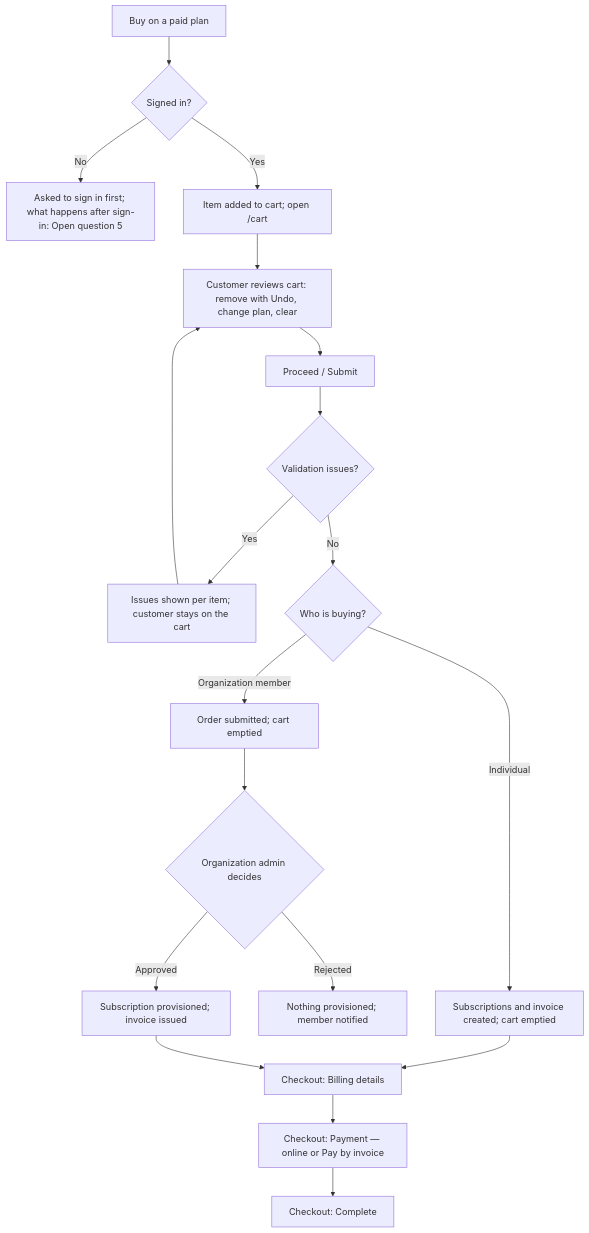
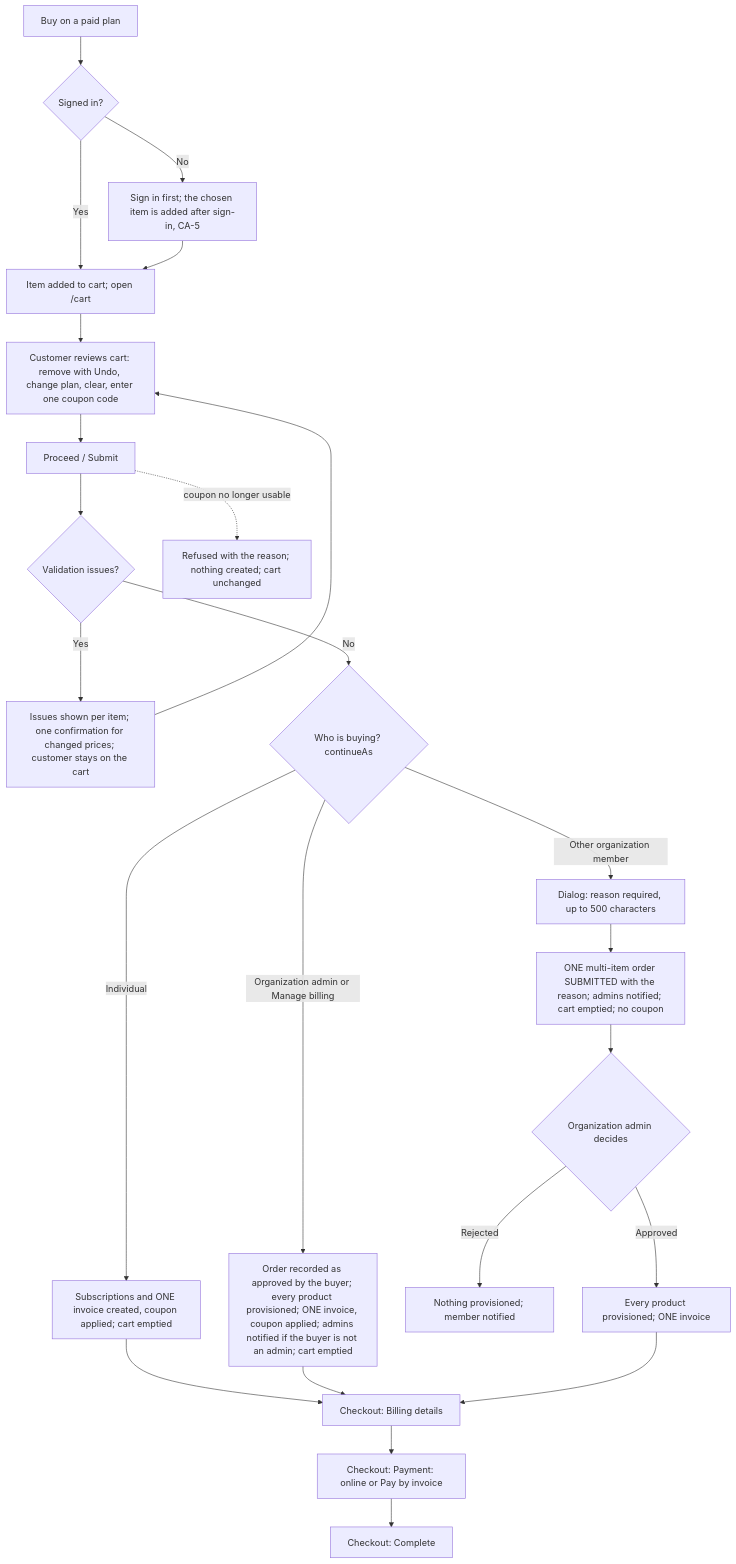
One commit to evyoog/Enterprise-Intelligence-Suite changed the diagram in docs/02-requirements/FRD/cart-checkout/workflow.md. Above: the diagram before and after it, drawn with Mermaid. The commit also changed other lines of this file and 18 other files, not shown here.

First line of the commit message:
C100 frontend: cart coupon field, purchase-request dialog, seats in cart, admin Coupons page, multi-item orders, discount lines; tax nav label fix

````diff
--- a/docs/02-requirements/FRD/cart-checkout/workflow.md
+++ b/docs/02-requirements/FRD/cart-checkout/workflow.md
@@ -6,21 +6,26 @@
 ```mermaid
 flowchart TD
     A[Buy on a paid plan] --> B{Signed in?}
-    B -- No --> C[Asked to sign in first; what happens after sign-in: Open question 5]
+    B -- No --> C[Sign in first; the chosen item is added after sign-in, CA-5]
     B -- Yes --> D[Item added to cart; open /cart]
-    D --> E[Customer reviews cart: remove with Undo, change plan, clear]
+    C --> D
+    D --> E[Customer reviews cart: remove with Undo, change plan, clear, enter one coupon code]
     E --> F[Proceed / Submit]
     F --> G{Validation issues?}
-    G -- Yes --> H[Issues shown per item; customer stays on the cart]
+    G -- Yes --> H[Issues shown per item; one confirmation for changed prices; customer stays on the cart]
     H --> E
-    G -- No --> I{Who is buying?}
-    I -- Individual --> J[Subscriptions and invoice created; cart emptied]
+    G -- No --> I{Who is buying? continueAs}
+    I -- Individual --> J[Subscriptions and ONE invoice created, coupon applied; cart emptied]
+    I -- Organization admin or Manage billing --> J2[Order recorded as approved by the buyer; every product provisioned; ONE invoice, coupon applied; admins notified if the buyer is not an admin; cart emptied]
     J --> K[Checkout: Billing details]
-    K --> L[Checkout: Payment — online or Pay by invoice]
+    J2 --> K
+    K --> L[Checkout: Payment: online or Pay by invoice]
     L --> M[Checkout: Complete]
-    I -- Organization member --> N[Order submitted; cart emptied]
+    I -- Other organization member --> R[Dialog: reason required, up to 500 characters]
+    R --> N[ONE multi-item order SUBMITTED with the reason; admins notified; cart emptied; no coupon]
     N --> O{Organization admin decides}
     O -- Rejected --> P[Nothing provisioned; member notified]
-    O -- Approved --> Q[Subscription provisioned; invoice issued]
+    O -- Approved --> Q[Every product provisioned; ONE invoice]
     Q --> K
+    F -. coupon no longer usable .-> X[Refused with the reason; nothing created; cart unchanged]
 ```
````
